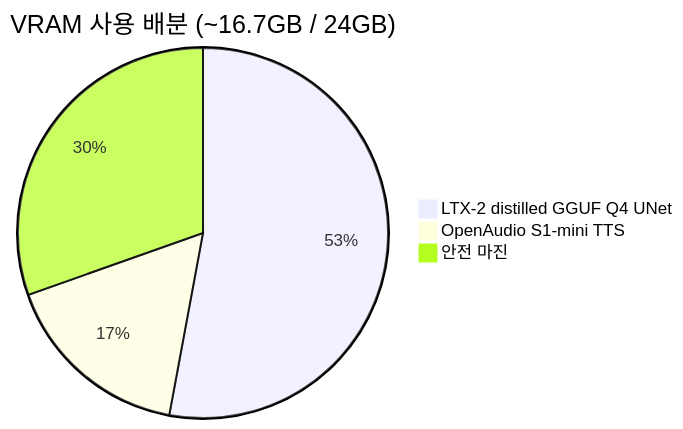
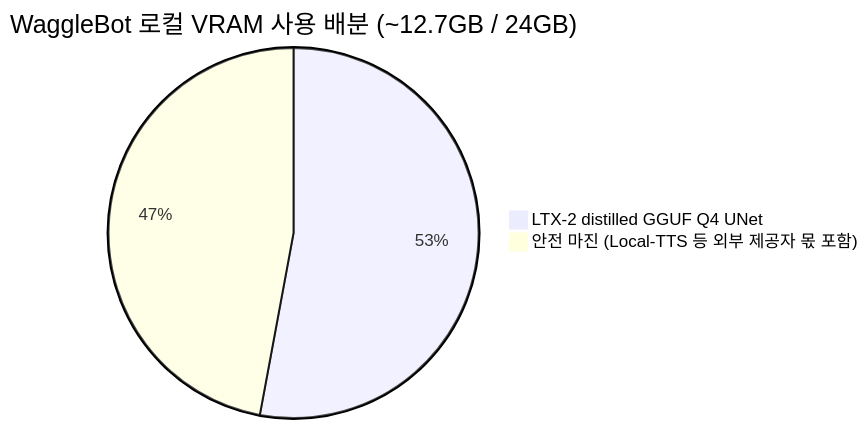
One commit to Justant-source/WaggleBot changed the second of 4 diagrams in docs/shared/20-containers.md. Above: the diagram before and after it, drawn with Mermaid. The commit also changed other lines of this file and 81 other files, not shown here.

First line of the commit message:
feat(tts): Fish Speech 폐기, Local-TTS 제공자로 전환 (프리셋 보이스 M1~M5/F1~F5, 발음 프로필 wagglebot/shorts-ko)

````diff
--- a/docs/shared/20-containers.md
+++ b/docs/shared/20-containers.md
@@ -47,6 +50,5 @@
 ```mermaid
-pie title VRAM 사용 배분 (~16.7GB / 24GB)
+pie title WaggleBot 로컬 VRAM 사용 배분 (~12.7GB / 24GB)
     "LTX-2 distilled GGUF Q4 UNet" : 12.7
-    "OpenAudio S1-mini TTS" : 4.0
-    "안전 마진" : 7.3
+    "안전 마진 (Local-TTS 등 외부 제공자 몫 포함)" : 11.3
 ```
````
